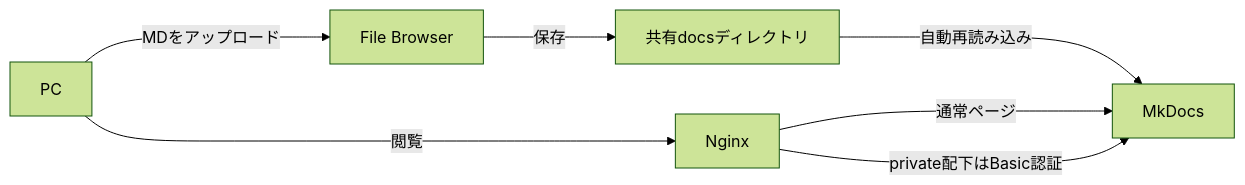
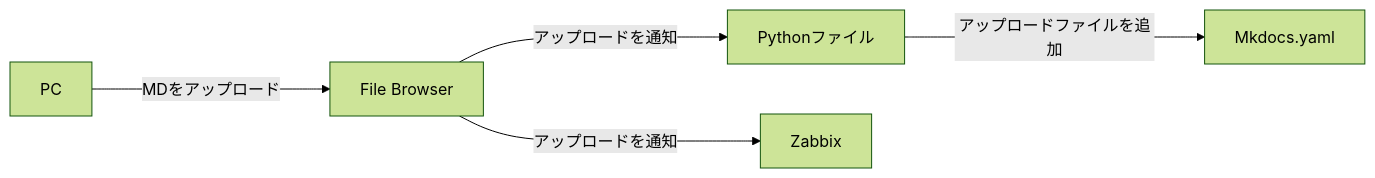
Before and after one commit to Aketi-Maika/Aketi-School-LAB: the diagram in 情報通信工学基礎実験 自主課題 構築手順書.md, drawn with Mermaid (forest theme). The commit also changed other lines of this file, not shown here.

````diff
--- a/情報通信工学基礎実験 自主課題 構築手順書.md
+++ b/情報通信工学基礎実験 自主課題 構築手順書.md
@@ -23,9 +23,7 @@
 ```mermaid
 flowchart LR
-A[PC]--MDをアップロード--->B[File Browser]
-B--保存--->C[共有docsディレクトリ]
-C--自動再読み込み--->D[MkDocs]
-A--閲覧--->E[Nginx]
-E--通常ページ--->D
-E--private配下はBasic認証--->D
+A[PC]--MDをアップロード--->B
+B[File Browser]--アップロードを通知--->C
+B--アップロードを通知--->E[Zabbix]
+C[Pythonファイル]--アップロードファイルを追加--->D[Mkdocs.yaml]
 ```
````
